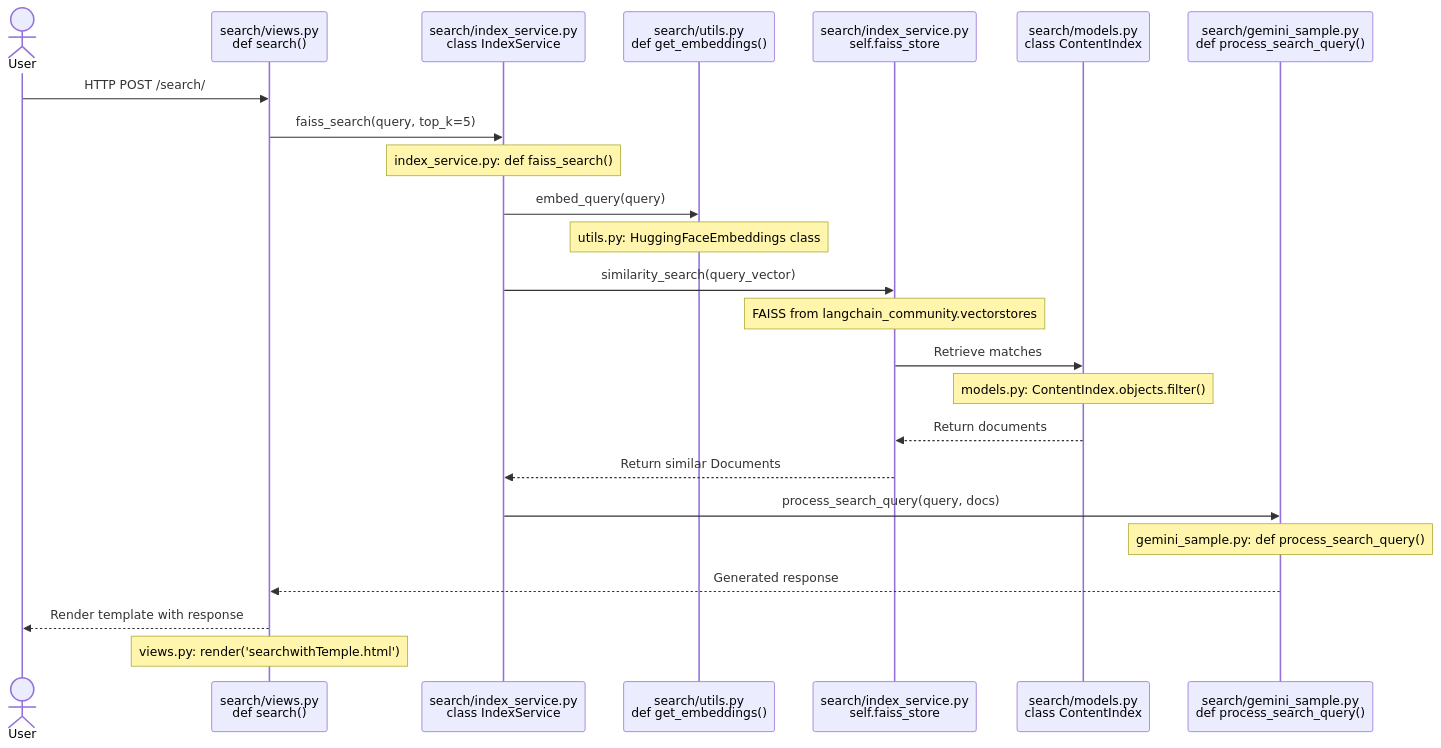
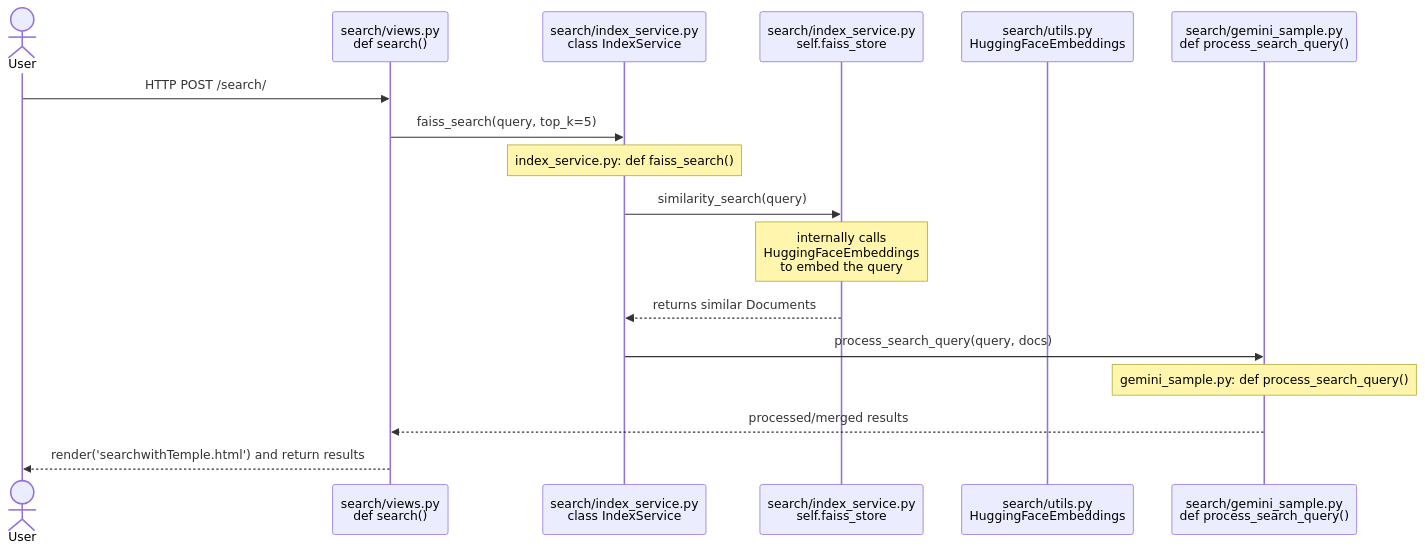
The diagram in Project/README.md (yilil/RAG-Based-User-Content-Summariser), drawn with Mermaid before and after one commit.

````diff
--- a/Project/README.md
+++ b/Project/README.md
@@ -64,27 +64,21 @@
 ```mermaid
 sequenceDiagram
     actor User
     participant Views as search/views.py<br>def search()
     participant IS as search/index_service.py<br>class IndexService
-    participant BGE as search/utils.py<br>def get_embeddings()
     participant FAISS as search/index_service.py<br>self.faiss_store
-    participant CI as search/models.py<br>class ContentIndex
+    participant BGE as search/utils.py<br>HuggingFaceEmbeddings
     participant GS as search/gemini_sample.py<br>def process_search_query()
 
     User->>Views: HTTP POST /search/
     Views->>IS: faiss_search(query, top_k=5)
     Note over IS: index_service.py: def faiss_search()
-    IS->>BGE: embed_query(query)
-    Note over BGE: utils.py: HuggingFaceEmbeddings class
-    IS->>FAISS: similarity_search(query_vector)
-    Note over FAISS: FAISS from langchain_community.vectorstores
-    FAISS->>CI: Retrieve matches
-    Note over CI: models.py: ContentIndex.objects.filter()
-    CI-->>FAISS: Return documents
-    FAISS-->>IS: Return similar Documents
+    IS->>FAISS: similarity_search(query)
+    Note over FAISS: internally calls<br>HuggingFaceEmbeddings<br>to embed the query
+    FAISS-->>IS: returns similar Documents
     IS->>GS: process_search_query(query, docs)
     Note over GS: gemini_sample.py: def process_search_query()
-    GS-->>Views: Generated response
-    Views-->>User: Render template with response
-    Note over Views: views.py: render('searchwithTemple.html')
+    GS-->>Views: processed/merged results
+    Views-->>User: render('searchwithTemple.html') and return results
+
 ```
````
